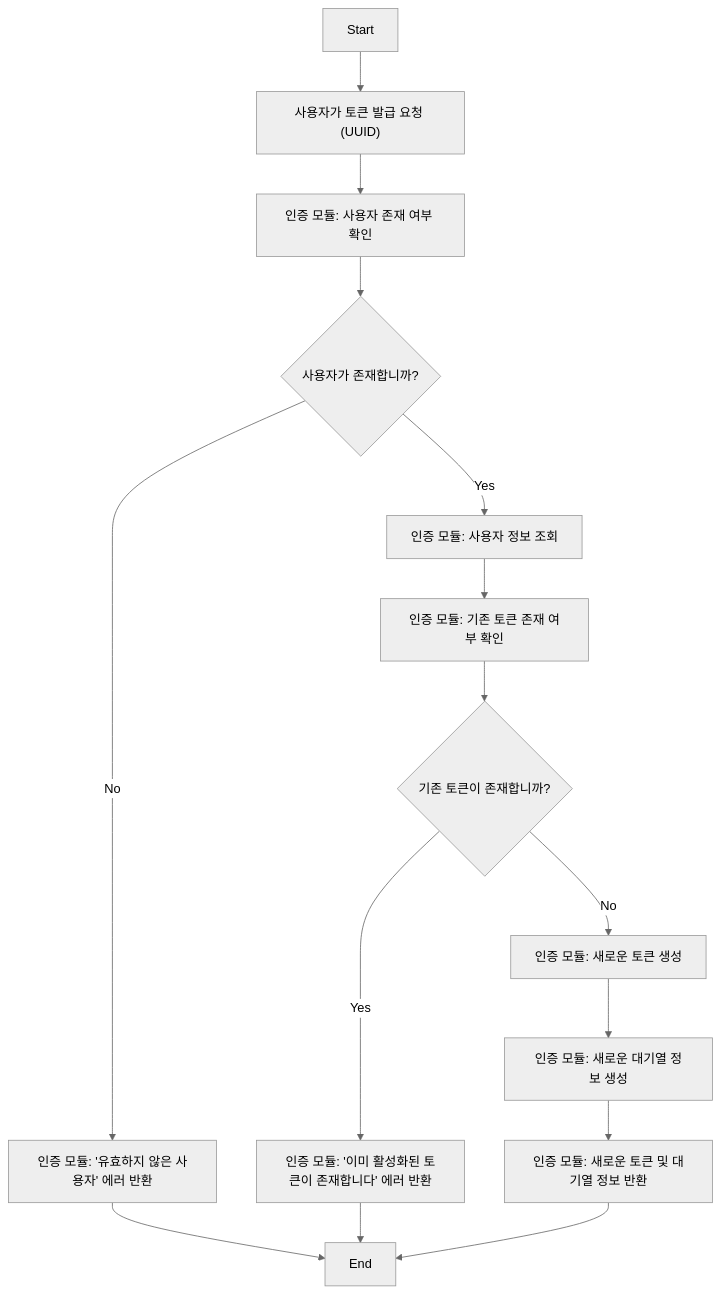
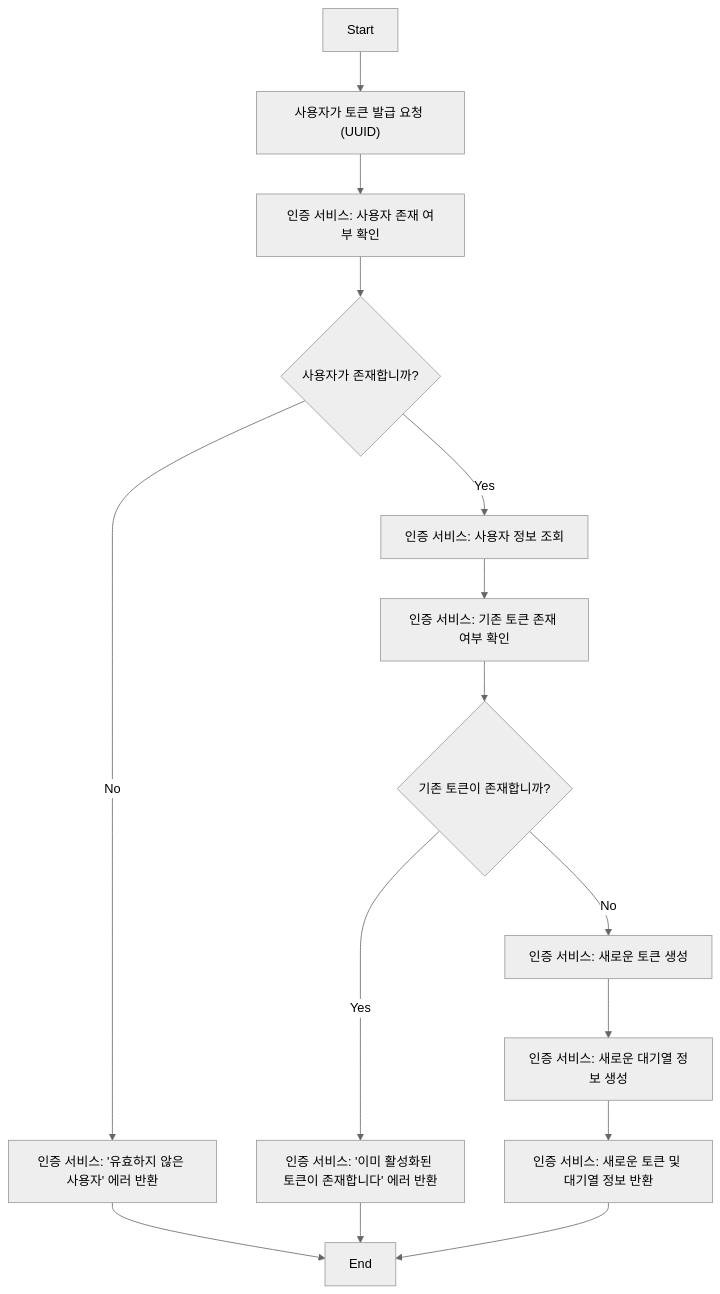
The eighth of 14 diagrams in README.md (SooLee99/hhplus-concert-reservation-service), drawn with Mermaid (neutral theme) before and after one commit. The commit also changed other lines of this file, not shown here.

````diff
--- a/README.md
+++ b/README.md
@@ -365,26 +365,26 @@
 ```mermaid
 flowchart TD
     %% 노드 정의
     Start["Start"]
     TokenRequest["사용자가 토큰 발급 요청 (UUID)"]
-    CheckUser["인증 모듈: 사용자 존재 여부 확인"]
+    CheckUser["인증 서비스: 사용자 존재 여부 확인"]
     UserExists{"사용자가 존재합니까?"}
-    InvalidUser["인증 모듈: '유효하지 않은 사용자' 에러 반환"]
-    GetUserInfo["인증 모듈: 사용자 정보 조회"]
-    CheckToken["인증 모듈: 기존 토큰 존재 여부 확인"]
+    InvalidUser["인증 서비스: '유효하지 않은 사용자' 에러 반환"]
+    GetUserInfo["인증 서비스: 사용자 정보 조회"]
+    CheckToken["인증 서비스: 기존 토큰 존재 여부 확인"]
     TokenExists{"기존 토큰이 존재합니까?"}
-    TokenError["인증 모듈: '이미 활성화된 토큰이 존재합니다' 에러 반환"]
-    CreateToken["인증 모듈: 새로운 토큰 생성"]
-    CreateQueue["인증 모듈: 새로운 대기열 정보 생성"]
-    ReturnInfo["인증 모듈: 새로운 토큰 및 대기열 정보 반환"]
+    TokenError["인증 서비스: '이미 활성화된 토큰이 존재합니다' 에러 반환"]
+    CreateToken["인증 서비스: 새로운 토큰 생성"]
+    CreateQueue["인증 서비스: 새로운 대기열 정보 생성"]
+    ReturnInfo["인증 서비스: 새로운 토큰 및 대기열 정보 반환"]
     End["End"]
     
     %% 흐름 연결
     Start --> TokenRequest
     TokenRequest --> CheckUser
     CheckUser --> UserExists
     UserExists -- "No" --> InvalidUser --> End
     UserExists -- "Yes" --> GetUserInfo --> CheckToken --> TokenExists
     TokenExists -- "Yes" --> TokenError --> End
     TokenExists -- "No" --> CreateToken --> CreateQueue --> ReturnInfo --> End
 ```
````
